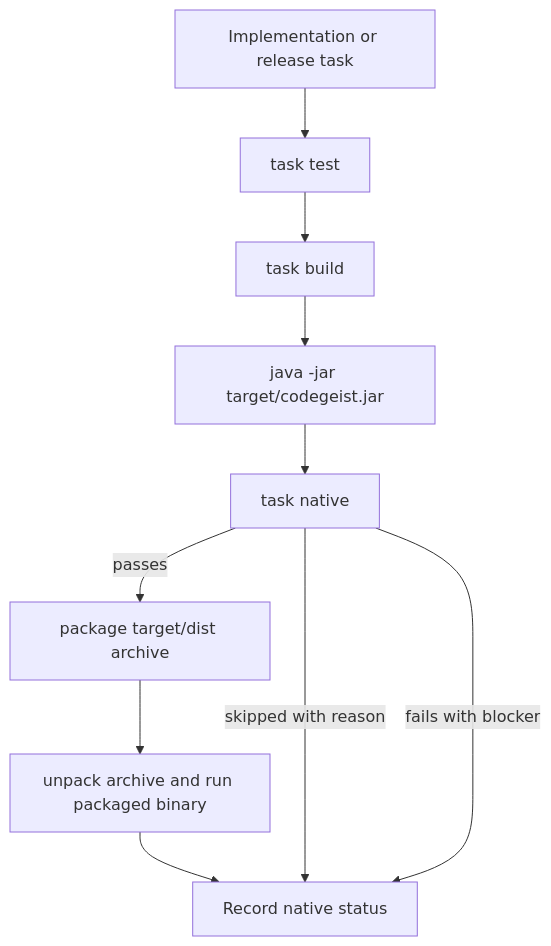
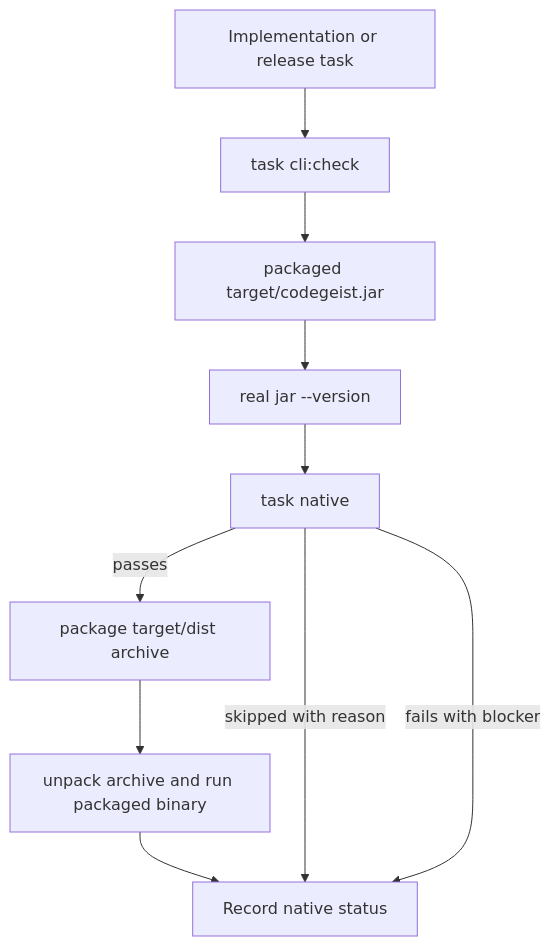
Before and after one commit to codegeist-ai/codegeist: the diagram in docs/developer/specification/native-packaging-posture.md, drawn with Mermaid. The commit also changed other lines of this file and 42 other files, not shown here.

````diff
--- a/docs/developer/specification/native-packaging-posture.md
+++ b/docs/developer/specification/native-packaging-posture.md
@@ -120,17 +120,17 @@
 ```mermaid
 flowchart TD
     Change[Implementation or release task]
-    Tests[task test]
-    Jar[task build]
-    JarSmoke[java -jar target/codegeist.jar]
+    Tests[task cli:check]
+    Jar[packaged target/codegeist.jar]
+    JarSmoke[real jar --version]
     Native[task native]
     NativePackage[package target/dist archive]
     NativeSmoke[unpack archive and run packaged binary]
     Record[Record native status]
 
     Change --> Tests --> Jar --> JarSmoke
     JarSmoke --> Native
     Native -->|passes| NativePackage --> NativeSmoke --> Record
     Native -->|skipped with reason| Record
     Native -->|fails with blocker| Record
 ```
````
